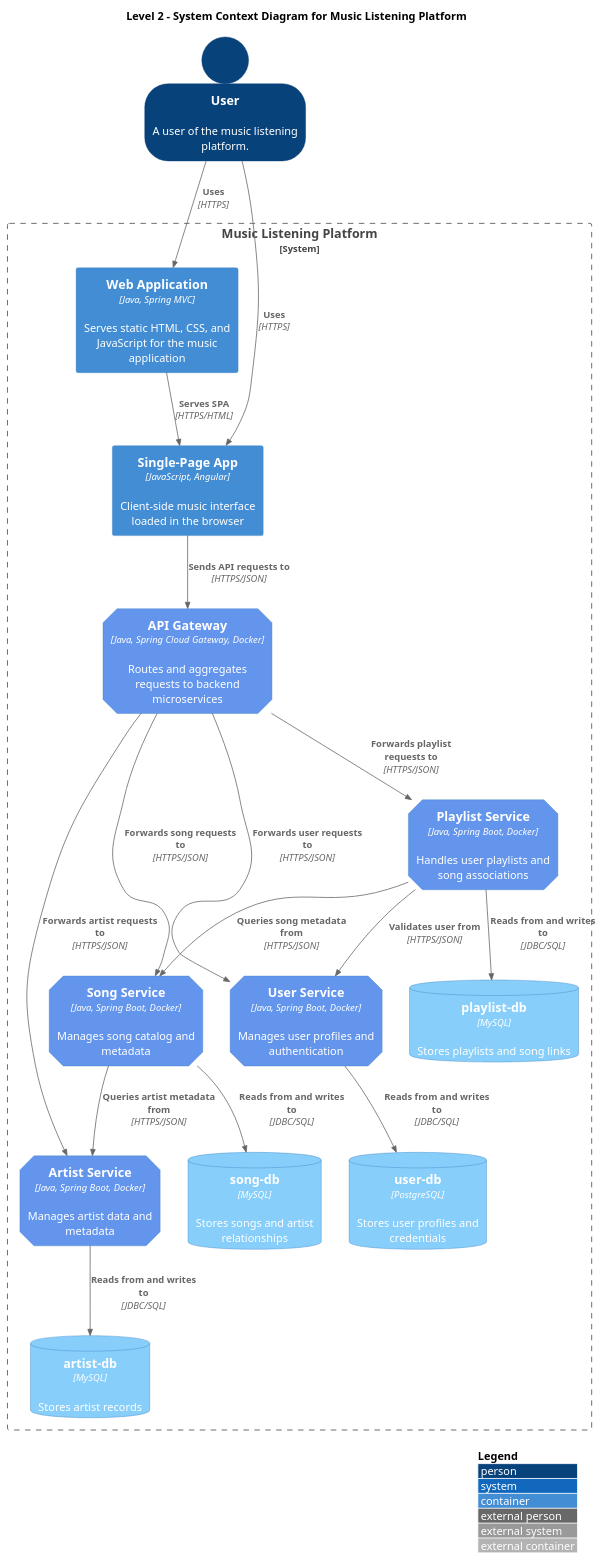
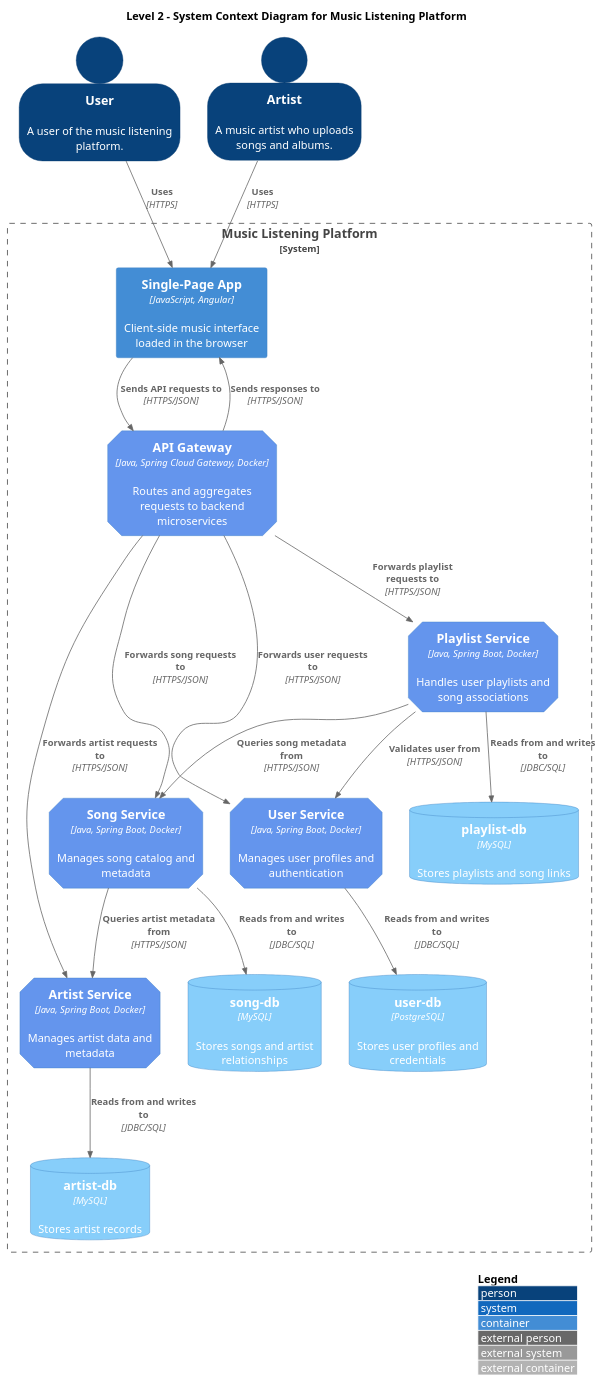
One commit to megadoxs/MusicWebService changed the diagram in diagrams/Level2_Diagram.puml. Above: the diagram before and after it, drawn with PlantUML. The commit also changed 10 other files, not shown here.

```diff
--- a/diagrams/Level2_Diagram.puml
+++ b/diagrams/Level2_Diagram.puml
@@ -1,48 +1,47 @@
 @startuml
 !include https://raw.githubusercontent.com/plantuml-stdlib/C4-PlantUML/master/C4_Container.puml
 
 LAYOUT_WITH_LEGEND()
 AddElementTag("microService", $shape=EightSidedShape(), $bgColor="CornflowerBlue", $fontColor="white", $legendText="micro service\nEight sided")
 AddElementTag("storage", $shape=RoundedBoxShape(), $bgColor="lightSkyBlue", $fontColor="white", $legendText="storage\nRounded box")
 
 SHOW_PERSON_OUTLINE()
 
 title Level 2 – System Context Diagram for Music Listening Platform
 
 Person(user, "User", "A user of the music listening platform.")
+Person(artist, "Artist", "A music artist who uploads songs and albums.")
 
 System_Boundary(c1, "Music Listening Platform") {
-    Container(webApp, "Web Application", "Java, Spring MVC", "Serves static HTML, CSS, and JavaScript for the music application")
     Container(spaApp, "Single-Page App", "JavaScript, Angular", "Client-side music interface loaded in the browser")
     Container(apiGateway, "API Gateway", "Java, Spring Cloud Gateway, Docker", "Routes and aggregates requests to backend microservices", $tags="microService")
     Container(artistSvc, "Artist Service", "Java, Spring Boot, Docker", "Manages artist data and metadata", $tags="microService")
     Container(songSvc, "Song Service", "Java, Spring Boot, Docker", "Manages song catalog and metadata", $tags="microService")
     Container(userSvc, "User Service", "Java, Spring Boot, Docker", "Manages user profiles and authentication", $tags="microService")
     Container(playlistSvc, "Playlist Service", "Java, Spring Boot, Docker", "Handles user playlists and song associations", $tags="microService")
     ContainerDb(artistDb, "artist-db", "MySQL", "Stores artist records", $tags="storage")
     ContainerDb(songDb, "song-db", "MySQL", "Stores songs and artist relationships", $tags="storage")
     ContainerDb(userDb, "user-db", "PostgreSQL", "Stores user profiles and credentials", $tags="storage")
     ContainerDb(playlistDb, "playlist-db", "MySQL", "Stores playlists and song links", $tags="storage")
 }
 
-Rel(user, webApp, "Uses", "HTTPS")
 Rel(user, spaApp, "Uses", "HTTPS")
 
-Rel(webApp, spaApp, "Serves SPA", "HTTPS/HTML")
 
-Rel(spaApp, apiGateway, "Sends API requests to", "HTTPS/JSON")
+Rel(apiGateway, spaApp, "Sends responses to", "HTTPS/JSON")
 Rel(apiGateway, artistSvc, "Forwards artist requests to", "HTTPS/JSON")
 Rel(apiGateway, songSvc, "Forwards song requests to", "HTTPS/JSON")
 Rel(apiGateway, userSvc, "Forwards user requests to", "HTTPS/JSON")
 Rel(apiGateway, playlistSvc, "Forwards playlist requests to", "HTTPS/JSON")
 
 Rel(playlistSvc, songSvc, "Queries song metadata from", "HTTPS/JSON")
 Rel(playlistSvc, userSvc, "Validates user from", "HTTPS/JSON")
 Rel(songSvc, artistSvc, "Queries artist metadata from", "HTTPS/JSON")
 
 Rel_D(artistSvc, artistDb, "Reads from and writes to", "JDBC/SQL")
 Rel_D(songSvc, songDb, "Reads from and writes to", "JDBC/SQL")
 Rel_D(userSvc, userDb, "Reads from and writes to", "JDBC/SQL")
 Rel_D(playlistSvc, playlistDb, "Reads from and writes to", "JDBC/SQL")
-
+Rel(artist, spaApp, "Uses", "HTTPS")
+Rel(spaApp, apiGateway, "Sends API requests to", "HTTPS/JSON")
 @enduml
```
